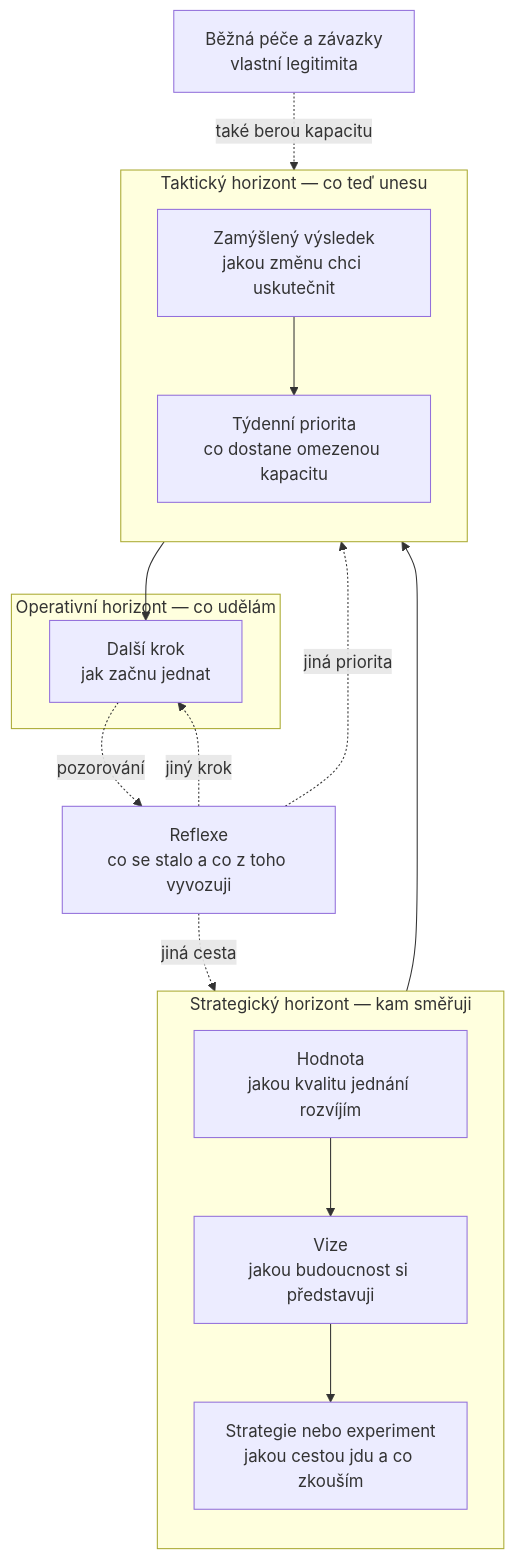
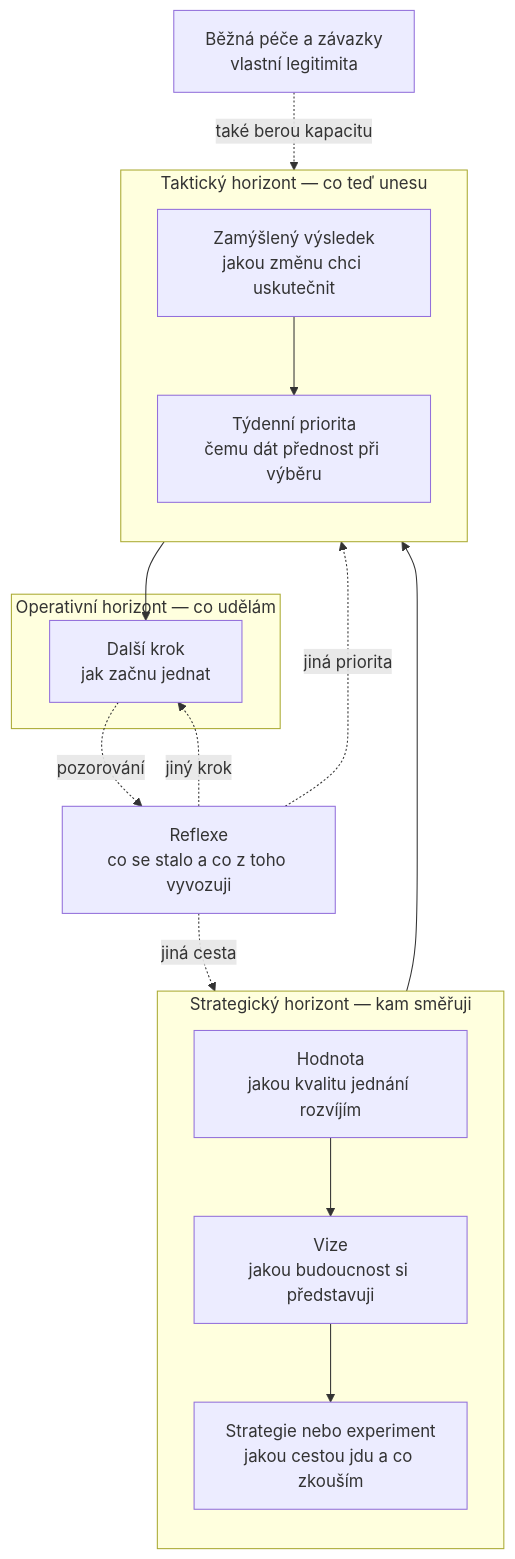
One commit to Semtexcz/PLOS changed the diagram in docs/tutorials/from-values-to-action.md. Above: the diagram before and after it, drawn with Mermaid. The commit also changed other lines of this file and 7 other files, not shown here.

````diff
--- a/docs/tutorials/from-values-to-action.md
+++ b/docs/tutorials/from-values-to-action.md
@@ -61,28 +61,28 @@
 ```mermaid
 flowchart TD
     subgraph STRAT["Strategický horizont — kam směřuji"]
         direction TB
         H["Hodnota<br/>jakou kvalitu jednání rozvíjím"]
         V["Vize<br/>jakou budoucnost si představuji"]
         S["Strategie nebo experiment<br/>jakou cestou jdu a co zkouším"]
         H --> V
         V --> S
     end
     subgraph TAKT["Taktický horizont — co teď unesu"]
         direction TB
         C["Zamýšlený výsledek<br/>jakou změnu chci uskutečnit"]
-        P["Týdenní priorita<br/>co dostane omezenou kapacitu"]
+        P["Týdenní priorita<br/>čemu dát přednost při výběru"]
         C --> P
     end
     subgraph OPER["Operativní horizont — co udělám"]
         K["Další krok<br/>jak začnu jednat"]
     end
     S --> C
     P --> K
     R["Reflexe<br/>co se stalo a co z toho vyvozuji"]
     K -.->|"pozorování"| R
     R -.->|"jiný krok"| K
     R -.->|"jiná priorita"| P
     R -.->|"jiná cesta"| S
     Z["Běžná péče a závazky<br/>vlastní legitimita"] -.->|"také berou kapacitu"| P
 ```
````
